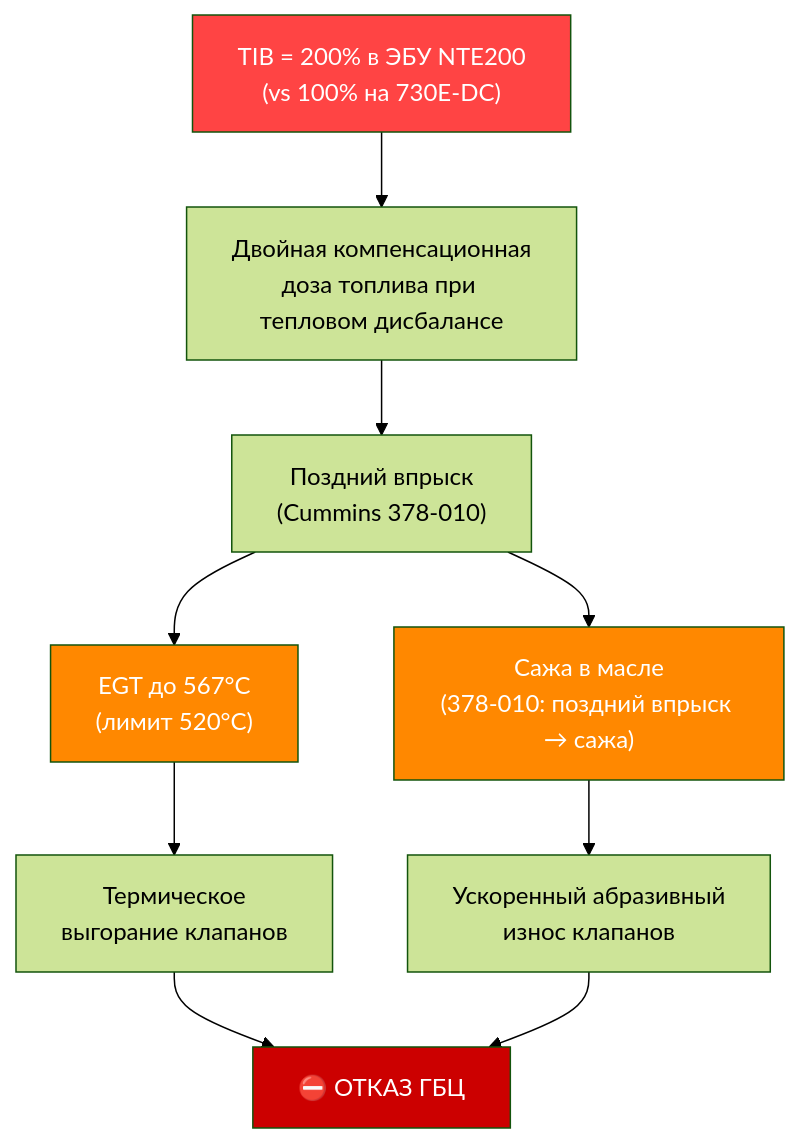
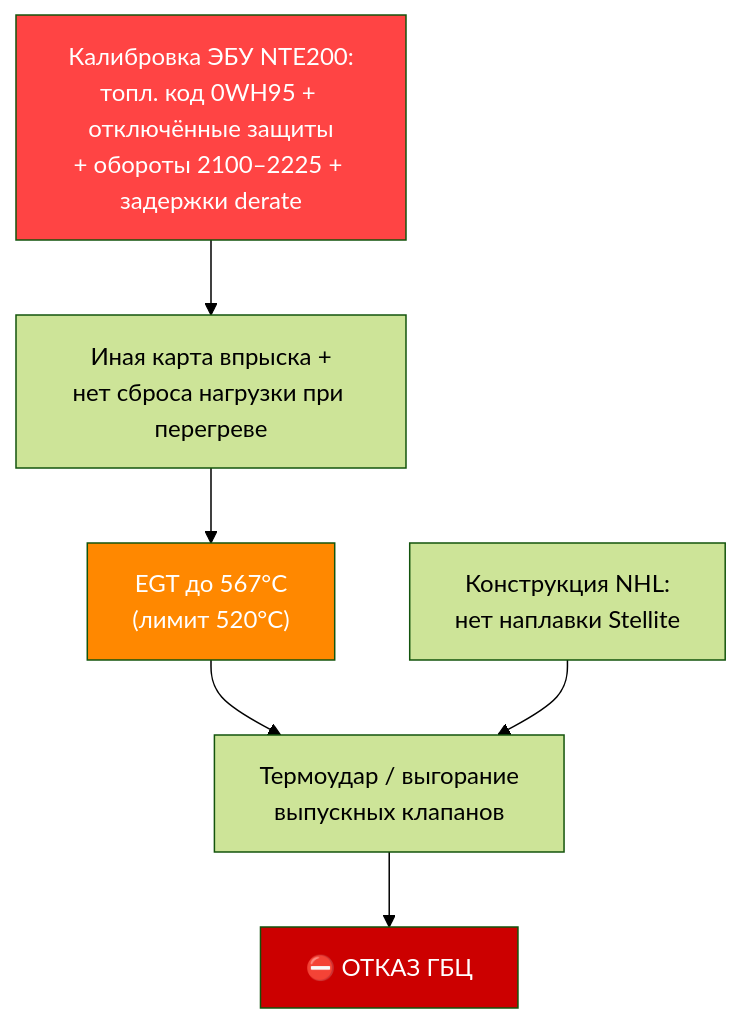
Before and after one commit to victorekuznetsov/NTE200: the first of 3 diagrams in 02 Диагностика/Анализ коренных причин ГБЦ QSK50.md, drawn with Mermaid (forest theme). The commit also changed other lines of this file and 22 other files, not shown here.

First line of the commit message:
Исправление TIB по аутентичному экспорту Calterm: TIB = Trip Information Base, не влияет на впрыск

````diff
--- a/02 Диагностика/Анализ коренных причин ГБЦ QSK50.md
+++ b/02 Диагностика/Анализ коренных причин ГБЦ QSK50.md
@@ -63,16 +66,12 @@
 ```mermaid
 flowchart TD
-    A["TIB = 200% в ЭБУ NTE200\n(vs 100% на 730E-DC)"] --> B["Двойная компенсационная\nдоза топлива при тепловом дисбалансе"]
-    B --> C["Поздний впрыск\n(Cummins 378-010)"]
-    C --> D["EGT до 567°C\n(лимит 520°C)"]
-    C --> E["Сажа в масле\n(378-010: поздний впрыск → сажа)"]
-    D --> F["Термическое\nвыгорание клапанов"]
-    E --> G["Ускоренный абразивный\nизнос клапанов"]
+    A["Калибровка ЭБУ NTE200:\nтопл. код 0WH95 + отключённые защиты\n+ обороты 2100–2225 + задержки derate"] --> B["Иная карта впрыска +\nнет сброса нагрузки при перегреве"]
+    B --> D["EGT до 567°C\n(лимит 520°C)"]
+    D --> F["Термоудар / выгорание\nвыпускных клапанов"]
+    NOSTEL["Конструкция NHL:\nнет наплавки Stellite"] --> F
     F --> H["⛔ ОТКАЗ ГБЦ"]
-    G --> H
 
     style A fill:#ff4444,color:#fff
     style H fill:#cc0000,color:#fff
     style D fill:#ff8800,color:#fff
-    style E fill:#ff8800,color:#fff
 ```
````
